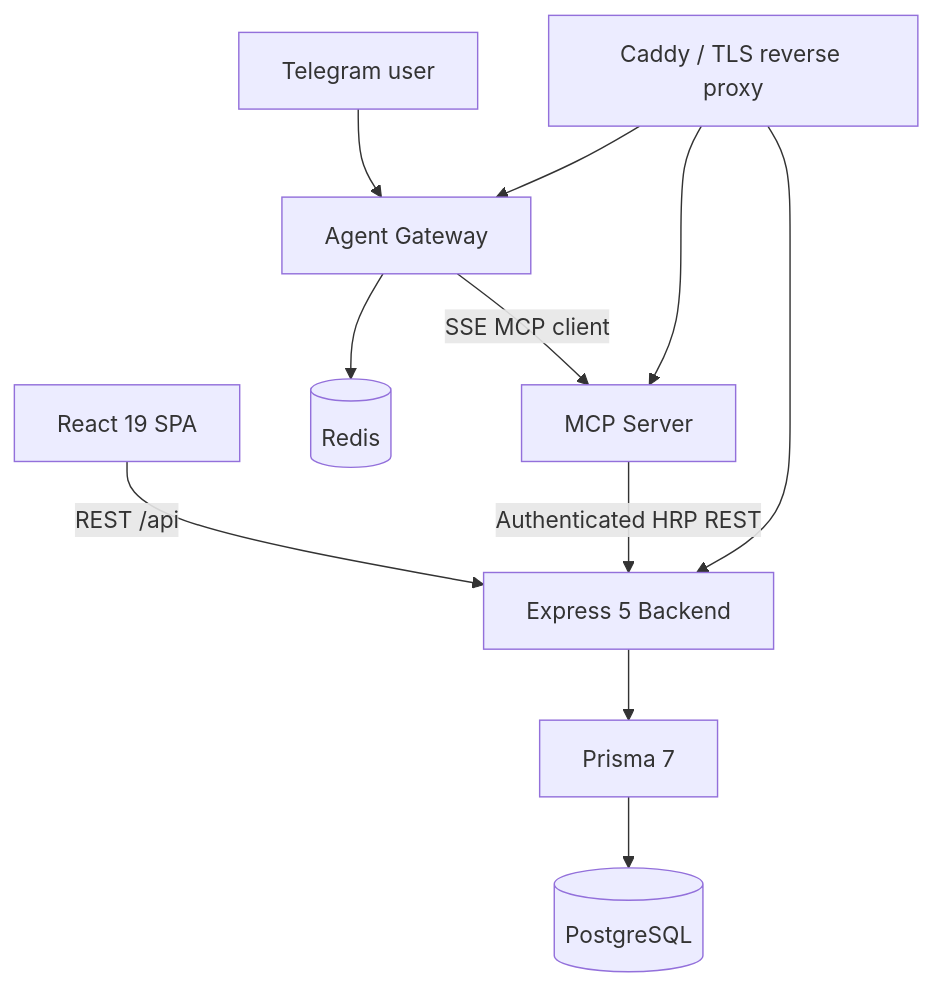
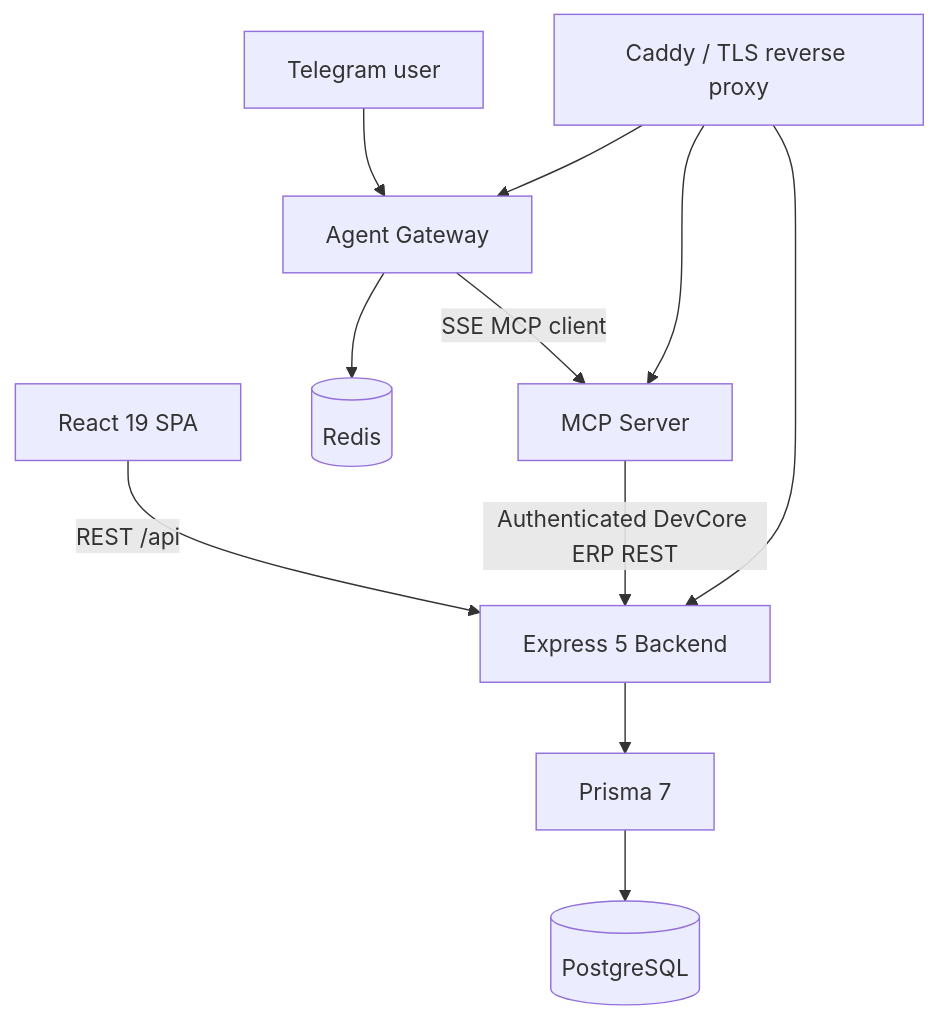
Before and after one commit to ldanh270/dev-core-erp: the first of 2 diagrams in docs/system-architecture.md, drawn with Mermaid. The commit also changed other lines of this file and 10 other files, not shown here.

Commit message:
docs: rebrand project to DevCore ERP across system documentation

````diff
--- a/docs/system-architecture.md
+++ b/docs/system-architecture.md
@@ -11,12 +11,12 @@
 ```mermaid
 flowchart TB
   Browser["React 19 SPA"] -->|"REST /api"| Backend["Express 5 Backend"]
   Backend --> Prisma["Prisma 7"] --> Postgres[("PostgreSQL")]
   Telegram["Telegram user"] --> Gateway["Agent Gateway"]
   Gateway --> Redis[("Redis")]
   Gateway -->|"SSE MCP client"| MCP["MCP Server"]
-  MCP -->|"Authenticated HRP REST"| Backend
+  MCP -->|"Authenticated DevCore ERP REST"| Backend
   Caddy["Caddy / TLS reverse proxy"] --> Backend
   Caddy --> MCP
   Caddy --> Gateway
 ```
````
